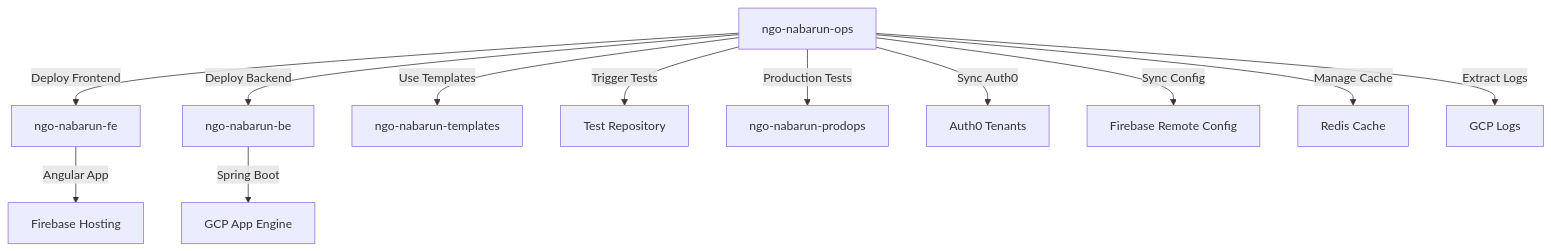
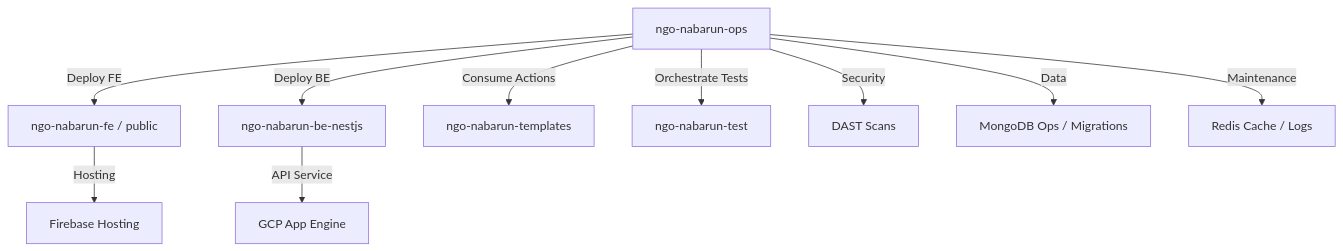
One commit to nabarun-ngo/ngo-nabarun-ops changed the diagram in README.md. Above: the diagram before and after it, drawn with Mermaid. The commit also changed other lines of this file and 1 other file, not shown here.

Commit message:
docs: Overhaul README to reflect updated architecture and workflows, and delete WARP.md.

````diff
--- a/README.md
+++ b/README.md
@@ -14,16 +16,14 @@
 ```mermaid
 graph TD
-    A[ngo-nabarun-ops] -->|Deploy Frontend| B[ngo-nabarun-fe]
-    A -->|Deploy Backend| C[ngo-nabarun-be]
-    A -->|Use Templates| D[ngo-nabarun-templates]
-    A -->|Trigger Tests| E[Test Repository]
-    A -->|Production Tests| F[ngo-nabarun-prodops]
+    A[ngo-nabarun-ops] -->|Deploy FE| B[ngo-nabarun-fe / public]
+    A -->|Deploy BE| C[ngo-nabarun-be-nestjs]
+    A -->|Consume Actions| D[ngo-nabarun-templates]
+    A -->|Orchestrate Tests| E[ngo-nabarun-test]
     
-    B -->|Angular App| G[Firebase Hosting]
-    C -->|Spring Boot| H[GCP App Engine]
+    B -->|Hosting| G[Firebase Hosting]
+    C -->|API Service| H[GCP App Engine]
     
-    A -->|Sync Auth0| I[Auth0 Tenants]
-    A -->|Sync Config| J[Firebase Remote Config]
-    A -->|Manage Cache| K[Redis Cache]
-    A -->|Extract Logs| L[GCP Logs]
+    A -->|Security| I[DAST Scans]
+    A -->|Data| J[MongoDB Ops / Migrations]
+    A -->|Maintenance| K[Redis Cache / Logs]
 ```
````
